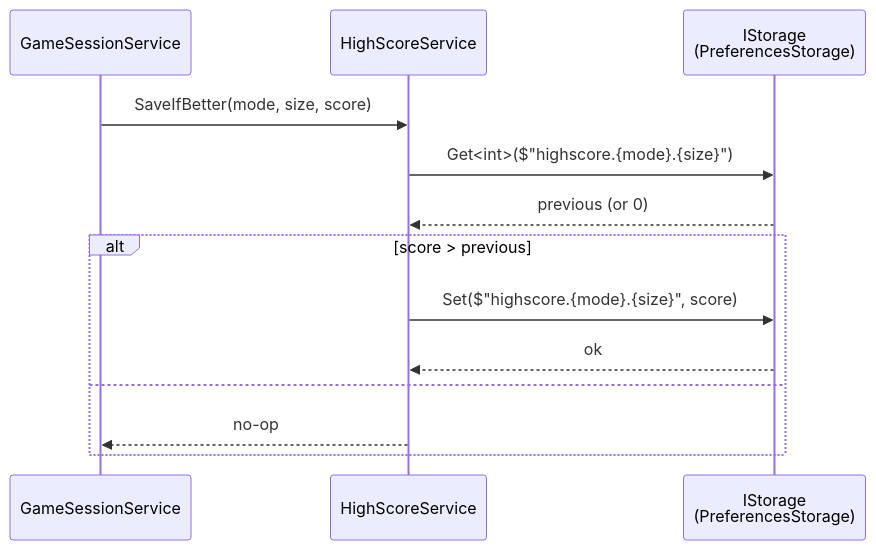
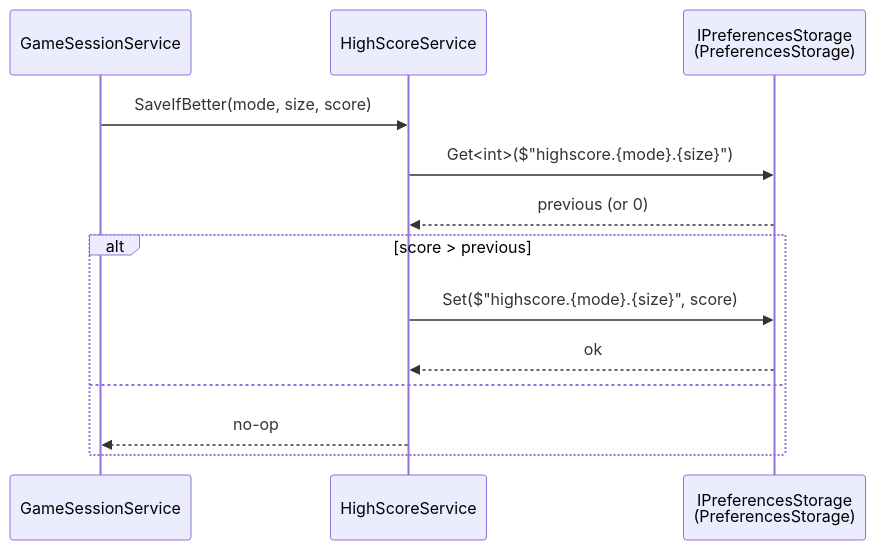
One commit to LeThaiAn15112004/2048-Infinity-Merge changed the ninth of 9 diagrams in Docs/software_design.md. Above: the diagram before and after it, drawn with Mermaid. The commit also changed other lines of this file and 86 other files, not shown here.

````diff
--- a/Docs/software_design.md
+++ b/Docs/software_design.md
@@ -350,16 +350,16 @@
 ```mermaid
 sequenceDiagram
     participant Sess as GameSessionService
     participant HS as HighScoreService
-    participant St as IStorage<br/>(PreferencesStorage)
+    participant St as IPreferencesStorage<br/>(PreferencesStorage)
 
     Sess->>HS: SaveIfBetter(mode, size, score)
     HS->>St: Get<int>($"highscore.{mode}.{size}")
     St-->>HS: previous (or 0)
     alt score > previous
         HS->>St: Set($"highscore.{mode}.{size}", score)
         St-->>HS: ok
     else
         HS-->>Sess: no-op
     end
 ```
````
